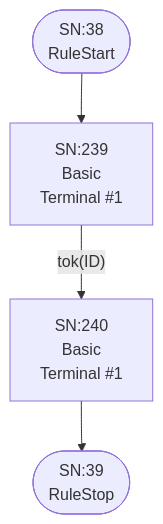
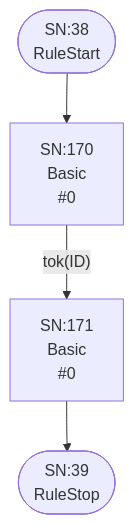
Diagram 20 of 25 in internal/grammar/atn.md (TypeFox/fastbelt), drawn with Mermaid before and after one commit. The commit also changed other lines of this file and 10 other files, not shown here.

````diff
--- a/internal/grammar/atn.md
+++ b/internal/grammar/atn.md
@@ -608,11 +616,11 @@
 ```mermaid
 flowchart TD
     q38(["SN:38<br/>RuleStart"])
     q39(["SN:39<br/>RuleStop"])
-    q239["SN:239<br/>Basic<br/>Terminal #1"]
-    q240["SN:240<br/>Basic<br/>Terminal #1"]
+    q170["SN:170<br/>Basic<br/> #0"]
+    q171["SN:171<br/>Basic<br/> #0"]
 
-    q38 --> q239
-    q239 -->|"tok(ID)"| q240
-    q240 --> q39
+    q38 --> q170
+    q170 -->|"tok(ID)"| q171
+    q171 --> q39
 ```
````
